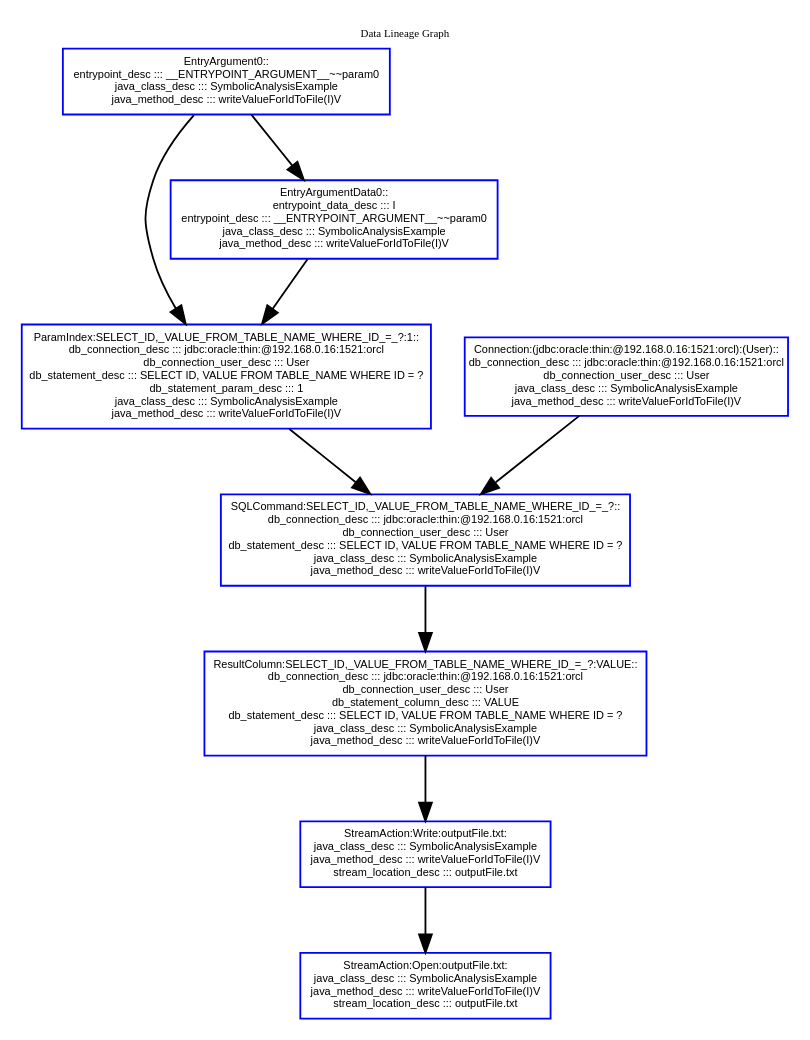
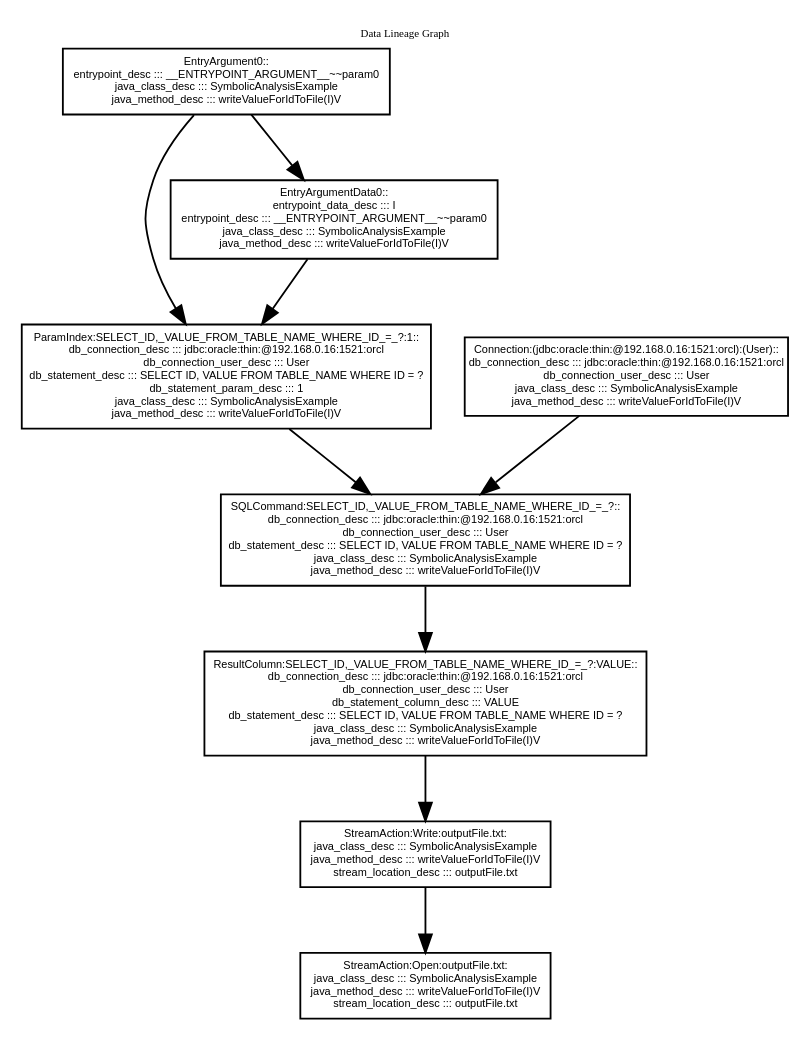
The diagram in src/img/Examples2-writeValueForIdToFile.dot (rikiel/JavaResolver), drawn with Graphviz before and after one commit. The commit also changed 6 other files, not shown here.

```diff
--- a/src/img/Examples2-writeValueForIdToFile.dot
+++ b/src/img/Examples2-writeValueForIdToFile.dot
@@ -1,125 +1,125 @@
 digraph "DirectedGraph" {
-graph [concentrate = true,label = "Data Lineage Graph", labelloc=t];center=true;fontsize=6;node [ color=blue,shape="box"fontsize=6,fontcolor=black,fontname=Arial];edge [ color=black,fontsize=6,fontcolor=black,fontname=Arial]; 
+graph [concentrate = true,label = "Data Lineage Graph", labelloc=t];center=true;fontsize=6;node [ color=black,shape="box"fontsize=6,fontcolor=black,fontname=Arial];edge [ color=black,fontsize=6,fontcolor=black,fontname=Arial];
    "StreamAction:Open:outputFile.txt:
 java_class_desc ::: SymbolicAnalysisExample
 java_method_desc ::: writeValueForIdToFile(I)V
 stream_location_desc ::: outputFile.txt" [ ]
    "ResultColumn:SELECT_ID,_VALUE_FROM_TABLE_NAME_WHERE_ID_=_?:VALUE::
 db_connection_desc ::: jdbc:oracle:thin:@192.168.0.16:1521:orcl
 db_connection_user_desc ::: User
 db_statement_column_desc ::: VALUE
 db_statement_desc ::: SELECT ID, VALUE FROM TABLE_NAME WHERE ID = ?
 java_class_desc ::: SymbolicAnalysisExample
 java_method_desc ::: writeValueForIdToFile(I)V" [ ]
    "SQLCommand:SELECT_ID,_VALUE_FROM_TABLE_NAME_WHERE_ID_=_?::
 db_connection_desc ::: jdbc:oracle:thin:@192.168.0.16:1521:orcl
 db_connection_user_desc ::: User
 db_statement_desc ::: SELECT ID, VALUE FROM TABLE_NAME WHERE ID = ?
 java_class_desc ::: SymbolicAnalysisExample
 java_method_desc ::: writeValueForIdToFile(I)V" [ ]
    "ParamIndex:SELECT_ID,_VALUE_FROM_TABLE_NAME_WHERE_ID_=_?:1::
 db_connection_desc ::: jdbc:oracle:thin:@192.168.0.16:1521:orcl
 db_connection_user_desc ::: User
 db_statement_desc ::: SELECT ID, VALUE FROM TABLE_NAME WHERE ID = ?
 db_statement_param_desc ::: 1
 java_class_desc ::: SymbolicAnalysisExample
 java_method_desc ::: writeValueForIdToFile(I)V" [ ]
    "EntryArgumentData0::
 entrypoint_data_desc ::: I
 entrypoint_desc ::: __ENTRYPOINT_ARGUMENT__~~param0
 java_class_desc ::: SymbolicAnalysisExample
 java_method_desc ::: writeValueForIdToFile(I)V" [ ]
    "StreamAction:Write:outputFile.txt:
 java_class_desc ::: SymbolicAnalysisExample
 java_method_desc ::: writeValueForIdToFile(I)V
 stream_location_desc ::: outputFile.txt" [ ]
    "EntryArgument0::
 entrypoint_desc ::: __ENTRYPOINT_ARGUMENT__~~param0
 java_class_desc ::: SymbolicAnalysisExample
 java_method_desc ::: writeValueForIdToFile(I)V" [ ]
    "Connection:(jdbc:oracle:thin:@192.168.0.16:1521:orcl):(User)::
 db_connection_desc ::: jdbc:oracle:thin:@192.168.0.16:1521:orcl
 db_connection_user_desc ::: User
 java_class_desc ::: SymbolicAnalysisExample
 java_method_desc ::: writeValueForIdToFile(I)V" [ ]
  "ResultColumn:SELECT_ID,_VALUE_FROM_TABLE_NAME_WHERE_ID_=_?:VALUE::
 db_connection_desc ::: jdbc:oracle:thin:@192.168.0.16:1521:orcl
 db_connection_user_desc ::: User
 db_statement_column_desc ::: VALUE
 db_statement_desc ::: SELECT ID, VALUE FROM TABLE_NAME WHERE ID = ?
 java_class_desc ::: SymbolicAnalysisExample
 java_method_desc ::: writeValueForIdToFile(I)V" -> "StreamAction:Write:outputFile.txt:
 java_class_desc ::: SymbolicAnalysisExample
 java_method_desc ::: writeValueForIdToFile(I)V
 stream_location_desc ::: outputFile.txt"[style=solid] 
  "SQLCommand:SELECT_ID,_VALUE_FROM_TABLE_NAME_WHERE_ID_=_?::
 db_connection_desc ::: jdbc:oracle:thin:@192.168.0.16:1521:orcl
 db_connection_user_desc ::: User
 db_statement_desc ::: SELECT ID, VALUE FROM TABLE_NAME WHERE ID = ?
 java_class_desc ::: SymbolicAnalysisExample
 java_method_desc ::: writeValueForIdToFile(I)V" -> "ResultColumn:SELECT_ID,_VALUE_FROM_TABLE_NAME_WHERE_ID_=_?:VALUE::
 db_connection_desc ::: jdbc:oracle:thin:@192.168.0.16:1521:orcl
 db_connection_user_desc ::: User
 db_statement_column_desc ::: VALUE
 db_statement_desc ::: SELECT ID, VALUE FROM TABLE_NAME WHERE ID = ?
 java_class_desc ::: SymbolicAnalysisExample
 java_method_desc ::: writeValueForIdToFile(I)V"[style=solid] 
  "ParamIndex:SELECT_ID,_VALUE_FROM_TABLE_NAME_WHERE_ID_=_?:1::
 db_connection_desc ::: jdbc:oracle:thin:@192.168.0.16:1521:orcl
 db_connection_user_desc ::: User
 db_statement_desc ::: SELECT ID, VALUE FROM TABLE_NAME WHERE ID = ?
 db_statement_param_desc ::: 1
 java_class_desc ::: SymbolicAnalysisExample
 java_method_desc ::: writeValueForIdToFile(I)V" -> "SQLCommand:SELECT_ID,_VALUE_FROM_TABLE_NAME_WHERE_ID_=_?::
 db_connection_desc ::: jdbc:oracle:thin:@192.168.0.16:1521:orcl
 db_connection_user_desc ::: User
 db_statement_desc ::: SELECT ID, VALUE FROM TABLE_NAME WHERE ID = ?
 java_class_desc ::: SymbolicAnalysisExample
 java_method_desc ::: writeValueForIdToFile(I)V"[style=solid] 
  "EntryArgumentData0::
 entrypoint_data_desc ::: I
 entrypoint_desc ::: __ENTRYPOINT_ARGUMENT__~~param0
 java_class_desc ::: SymbolicAnalysisExample
 java_method_desc ::: writeValueForIdToFile(I)V" -> "ParamIndex:SELECT_ID,_VALUE_FROM_TABLE_NAME_WHERE_ID_=_?:1::
 db_connection_desc ::: jdbc:oracle:thin:@192.168.0.16:1521:orcl
 db_connection_user_desc ::: User
 db_statement_desc ::: SELECT ID, VALUE FROM TABLE_NAME WHERE ID = ?
 db_statement_param_desc ::: 1
 java_class_desc ::: SymbolicAnalysisExample
 java_method_desc ::: writeValueForIdToFile(I)V"[style=solid] 
  "StreamAction:Write:outputFile.txt:
 java_class_desc ::: SymbolicAnalysisExample
 java_method_desc ::: writeValueForIdToFile(I)V
 stream_location_desc ::: outputFile.txt" -> "StreamAction:Open:outputFile.txt:
 java_class_desc ::: SymbolicAnalysisExample
 java_method_desc ::: writeValueForIdToFile(I)V
 stream_location_desc ::: outputFile.txt"[style=solid] 
  "EntryArgument0::
 entrypoint_desc ::: __ENTRYPOINT_ARGUMENT__~~param0
 java_class_desc ::: SymbolicAnalysisExample
 java_method_desc ::: writeValueForIdToFile(I)V" -> "ParamIndex:SELECT_ID,_VALUE_FROM_TABLE_NAME_WHERE_ID_=_?:1::
 db_connection_desc ::: jdbc:oracle:thin:@192.168.0.16:1521:orcl
 db_connection_user_desc ::: User
 db_statement_desc ::: SELECT ID, VALUE FROM TABLE_NAME WHERE ID = ?
 db_statement_param_desc ::: 1
 java_class_desc ::: SymbolicAnalysisExample
 java_method_desc ::: writeValueForIdToFile(I)V"[style=solid] 
  "EntryArgument0::
 entrypoint_desc ::: __ENTRYPOINT_ARGUMENT__~~param0
 java_class_desc ::: SymbolicAnalysisExample
 java_method_desc ::: writeValueForIdToFile(I)V" -> "EntryArgumentData0::
 entrypoint_data_desc ::: I
 entrypoint_desc ::: __ENTRYPOINT_ARGUMENT__~~param0
 java_class_desc ::: SymbolicAnalysisExample
 java_method_desc ::: writeValueForIdToFile(I)V"[style=solid] 
  "Connection:(jdbc:oracle:thin:@192.168.0.16:1521:orcl):(User)::
 db_connection_desc ::: jdbc:oracle:thin:@192.168.0.16:1521:orcl
 db_connection_user_desc ::: User
 java_class_desc ::: SymbolicAnalysisExample
 java_method_desc ::: writeValueForIdToFile(I)V" -> "SQLCommand:SELECT_ID,_VALUE_FROM_TABLE_NAME_WHERE_ID_=_?::
 db_connection_desc ::: jdbc:oracle:thin:@192.168.0.16:1521:orcl
 db_connection_user_desc ::: User
 db_statement_desc ::: SELECT ID, VALUE FROM TABLE_NAME WHERE ID = ?
 java_class_desc ::: SymbolicAnalysisExample
 java_method_desc ::: writeValueForIdToFile(I)V"[style=solid] 
 }
```
